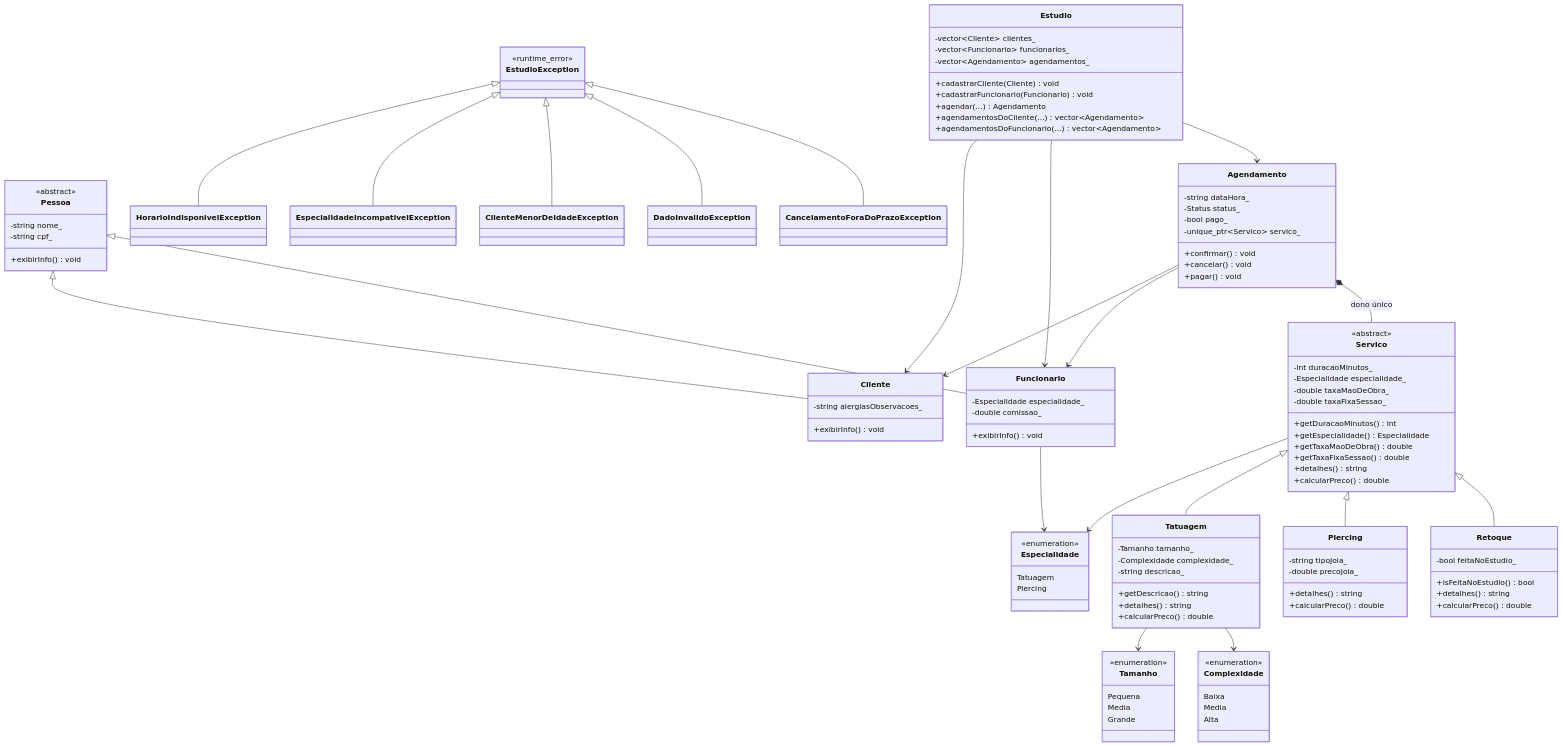
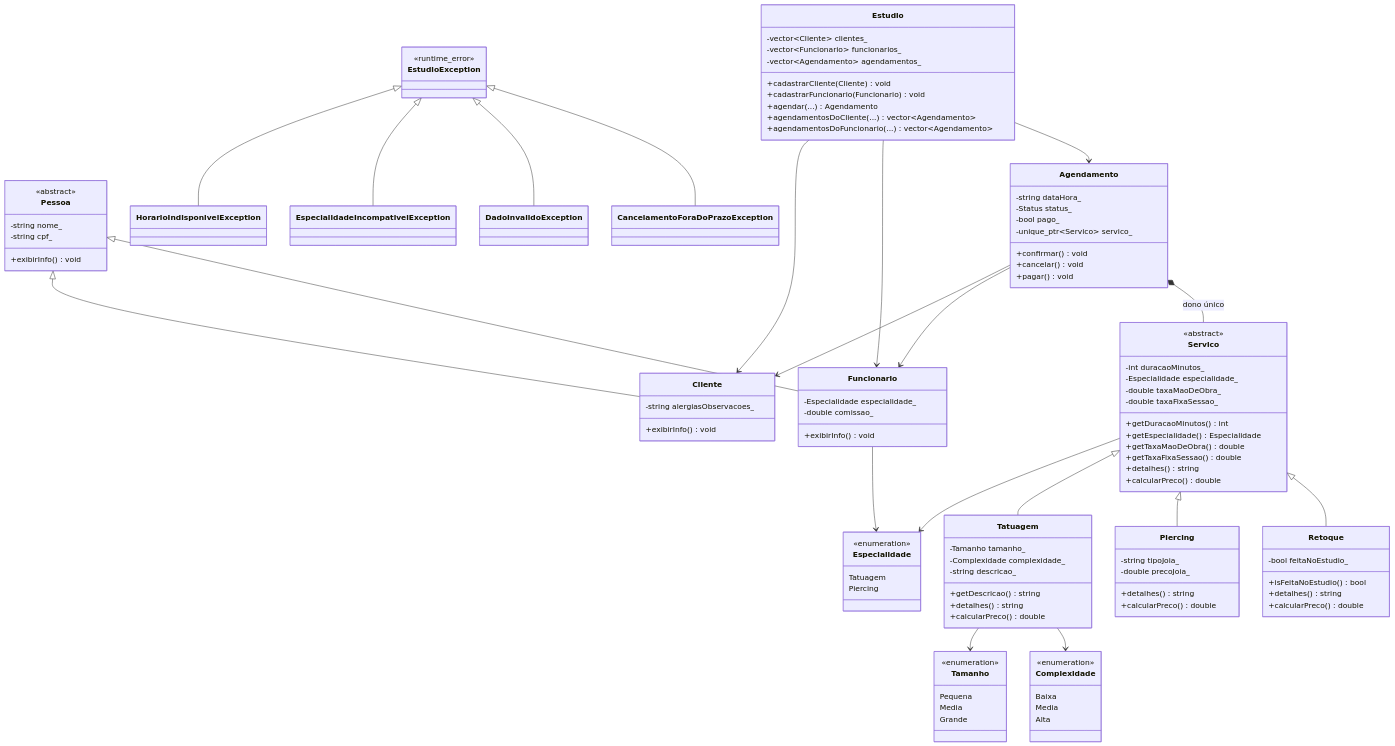
Before and after one commit to lfvperes/estudio-tatuagem: the diagram in README.md, drawn with Mermaid.

Commit message:
docs: :memo: remove ClienteMenorDeIdadeException do diagrama

````diff
--- a/README.md
+++ b/README.md
@@ -164,13 +164,11 @@
 
     class HorarioIndisponivelException
     class EspecialidadeIncompativelException
-    class ClienteMenorDeIdadeException
     class DadoInvalidoException
     class CancelamentoForaDoPrazoException
 
     EstudioException <|-- HorarioIndisponivelException
     EstudioException <|-- EspecialidadeIncompativelException
-    EstudioException <|-- ClienteMenorDeIdadeException
     EstudioException <|-- DadoInvalidoException
     EstudioException <|-- CancelamentoForaDoPrazoException
 ```
````
